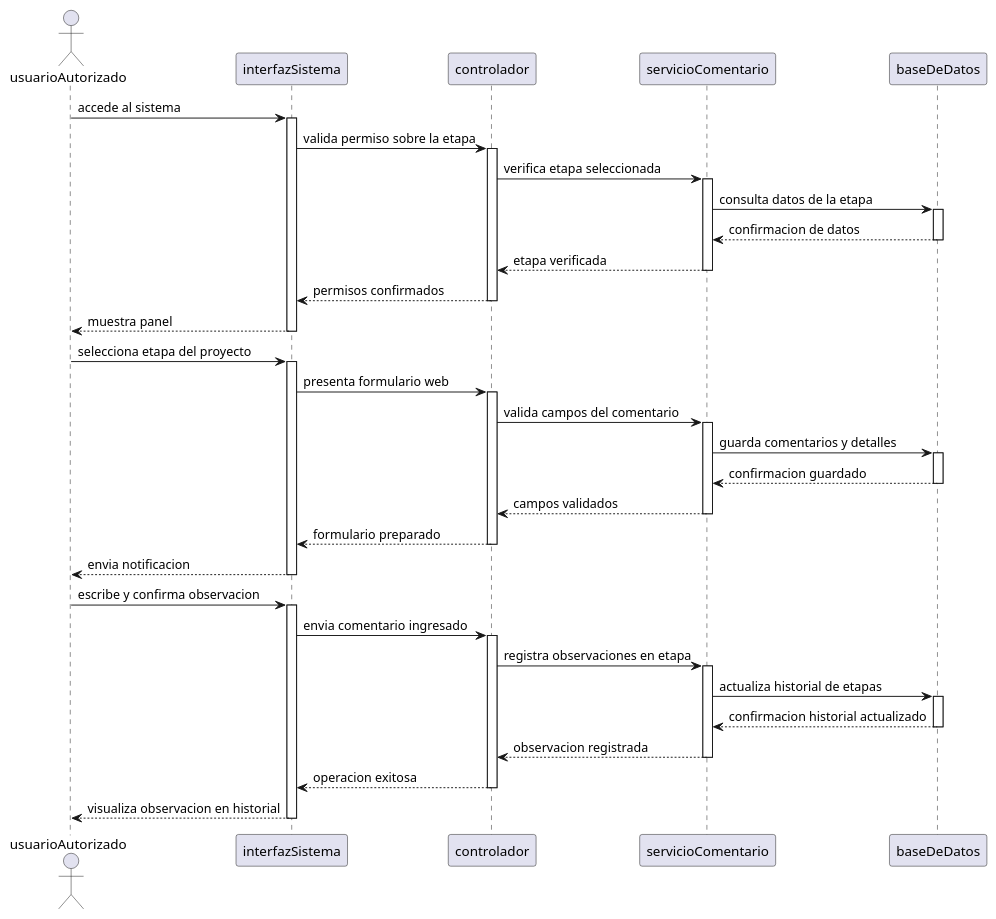
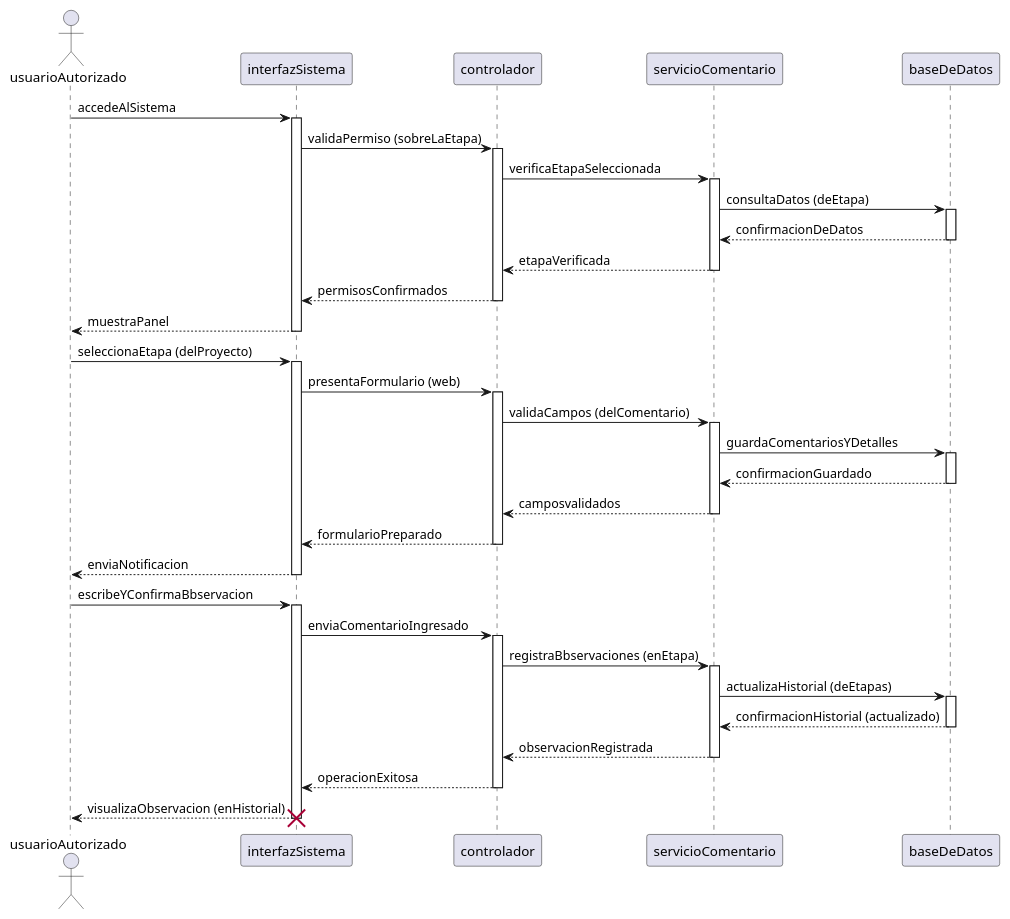
Before and after one commit to 9919-Mili/SistemaProductoraVideos: the diagram in 05-diagrama-secuencia/05-secuencia-agregar-observaciones-agregado-exitoso-de-observaciones-03.puml, drawn with PlantUML. The commit also changed 9 other files, not shown here.

Commit message:
Agregue diagramas png

```diff
--- a/05-diagrama-secuencia/05-secuencia-agregar-observaciones-agregado-exitoso-de-observaciones-03.puml
+++ b/05-diagrama-secuencia/05-secuencia-agregar-observaciones-agregado-exitoso-de-observaciones-03.puml
@@ -1,59 +1,61 @@
 @startuml
 actor usuarioAutorizado
 participant interfazSistema
 participant controlador
 participant servicioComentario
 participant baseDeDatos
 
-usuarioAutorizado -> interfazSistema: accede al sistema
+usuarioAutorizado -> interfazSistema: accedeAlSistema
 activate interfazSistema
-interfazSistema -> controlador: valida permiso sobre la etapa
+interfazSistema -> controlador: validaPermiso (sobreLaEtapa)
 activate controlador
-controlador -> servicioComentario: verifica etapa seleccionada
+controlador -> servicioComentario: verificaEtapaSeleccionada
 activate servicioComentario
-servicioComentario -> baseDeDatos: consulta datos de la etapa
+servicioComentario -> baseDeDatos: consultaDatos (deEtapa)
 activate baseDeDatos
-baseDeDatos --> servicioComentario: confirmacion de datos
+baseDeDatos --> servicioComentario: confirmacionDeDatos
 deactivate baseDeDatos
-servicioComentario --> controlador: etapa verificada
+servicioComentario --> controlador: etapaVerificada
 deactivate servicioComentario
-controlador --> interfazSistema: permisos confirmados
+controlador --> interfazSistema: permisosConfirmados
 deactivate controlador
-interfazSistema --> usuarioAutorizado: muestra panel 
+interfazSistema --> usuarioAutorizado: muestraPanel 
 deactivate interfazSistema
 
-usuarioAutorizado -> interfazSistema: selecciona etapa del proyecto
+usuarioAutorizado -> interfazSistema: seleccionaEtapa (delProyecto)
 activate interfazSistema
-interfazSistema -> controlador: presenta formulario web 
+interfazSistema -> controlador: presentaFormulario (web) 
 activate controlador
-controlador -> servicioComentario: valida campos del comentario 
+controlador -> servicioComentario: validaCampos (delComentario) 
 activate servicioComentario
-servicioComentario -> baseDeDatos: guarda comentarios y detalles 
+servicioComentario -> baseDeDatos: guardaComentariosYDetalles 
 activate baseDeDatos
-baseDeDatos --> servicioComentario: confirmacion guardado
+baseDeDatos --> servicioComentario: confirmacionGuardado
 deactivate baseDeDatos
-servicioComentario --> controlador: campos validados 
+servicioComentario --> controlador: camposvalidados 
 deactivate servicioComentario
-controlador --> interfazSistema: formulario preparado
+controlador --> interfazSistema: formularioPreparado
 deactivate controlador
-interfazSistema --> usuarioAutorizado: envia notificacion 
+interfazSistema --> usuarioAutorizado: enviaNotificacion 
 deactivate interfazSistema
 
-usuarioAutorizado-> interfazSistema: escribe y confirma observacion 
+usuarioAutorizado-> interfazSistema: escribeYConfirmaBbservacion 
 activate interfazSistema
-interfazSistema -> controlador: envia comentario ingresado
+interfazSistema -> controlador: enviaComentarioIngresado
 activate controlador
-controlador -> servicioComentario: registra observaciones en etapa
+controlador -> servicioComentario: registraBbservaciones (enEtapa)
 activate servicioComentario
-servicioComentario -> baseDeDatos: actualiza historial de etapas 
+servicioComentario -> baseDeDatos: actualizaHistorial (deEtapas) 
 activate baseDeDatos
-baseDeDatos --> servicioComentario: confirmacion historial actualizado
+baseDeDatos --> servicioComentario: confirmacionHistorial (actualizado)
 deactivate baseDeDatos 
-servicioComentario --> controlador: observacion registrada 
+servicioComentario --> controlador: observacionRegistrada 
 deactivate servicioComentario
-controlador --> interfazSistema: operacion exitosa 
+controlador --> interfazSistema: operacionExitosa 
 deactivate controlador
-interfazSistema --> usuarioAutorizado: visualiza observacion en historial 
+interfazSistema --> usuarioAutorizado: visualizaObservacion (enHistorial)
 deactivate interfazSistema
 
+destroy interfazSistema
+
 @enduml
```
